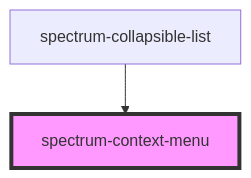
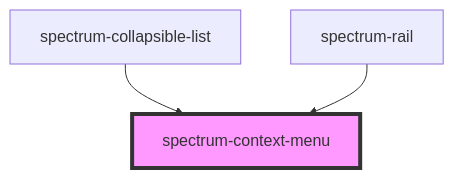
The diagram in packages/core/src/components/spectrum-context-menu/readme.md (emamirelar/spectrum), drawn with Mermaid before and after one commit. The commit also changed other lines of this file and 41 other files, not shown here.

````diff
--- a/packages/core/src/components/spectrum-context-menu/readme.md
+++ b/packages/core/src/components/spectrum-context-menu/readme.md
@@ -94,5 +95,6 @@
 ```mermaid
 graph TD;
   spectrum-collapsible-list --> spectrum-context-menu
+  spectrum-rail --> spectrum-context-menu
   style spectrum-context-menu fill:#f9f,stroke:#333,stroke-width:4px
 ```
````
